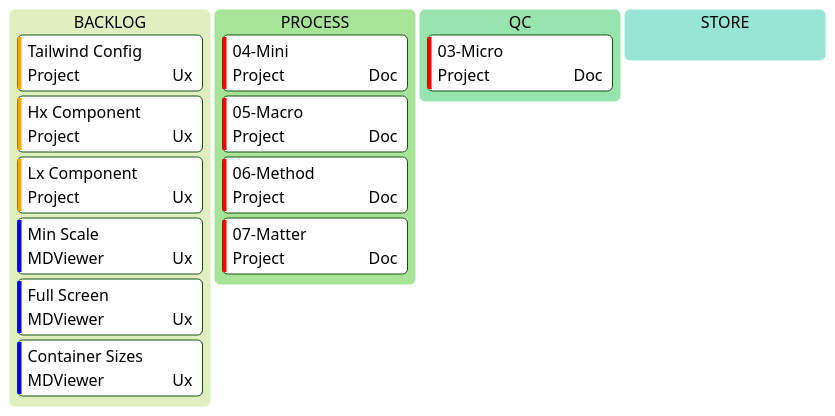
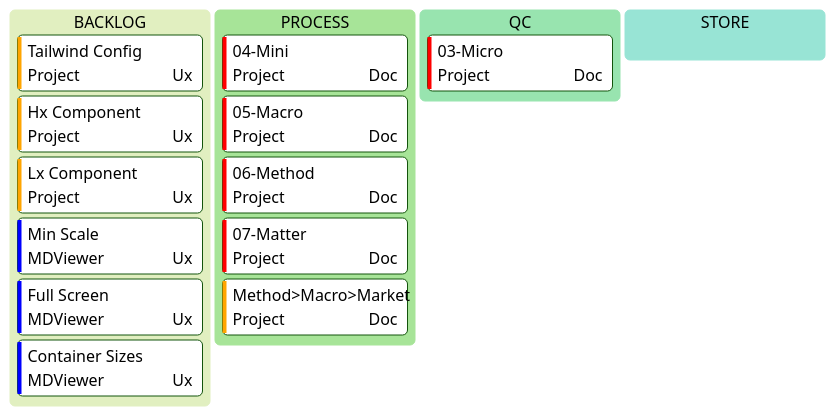
The diagram in src/dags/D0K.md (Nihads-Nagis/HXLX), drawn with Mermaid (forest theme) before and after one commit. The commit also changed 1 other file, not shown here.

Commit message:
🟫 0111: D0K+

````diff
--- a/src/dags/D0K.md
+++ b/src/dags/D0K.md
@@ -3,18 +3,19 @@
 ```mermaid
 kanban
   column1[BACKLOG]
     task4[Tailwind Config]@{ ticket: Project , priority: 'High', assigned: 'Ux' }
     task5[Hx Component]@{ ticket: Project , priority: 'High', assigned: 'Ux' }
     task6[Lx Component]@{ ticket: Project , priority: 'High', assigned: 'Ux' }
     task1[Min Scale]@{ ticket: MDViewer, priority: 'Low', assigned: 'Ux'}
     task2[Full Screen]@{ ticket: MDViewer, priority: 'Low', assigned: 'Ux'}
     task3[Container Sizes]@{ ticket: MDViewer, priority: 'Low', assigned: 'Ux' }
   column2[PROCESS]
     task7[04-Mini]@{ ticket: Project , priority: 'Very High', assigned: 'Doc' }
     task9[05-Macro]@{ ticket: Project , priority: 'Very High', assigned: 'Doc' }
     task10[06-Method]@{ ticket: Project , priority: 'Very High', assigned: 'Doc' }
     task11[07-Matter]@{ ticket: Project , priority: 'Very High', assigned: 'Doc' }
+    task12[Method>Macro>Market]@{ ticket: Project, priority: 'High', assigned: 'Doc' }
   column3[QC]
     task8[03-Micro]@{ ticket: Project, priority: 'Very High', assigned: 'Doc' }
   column4[STORE]
 ```
````
